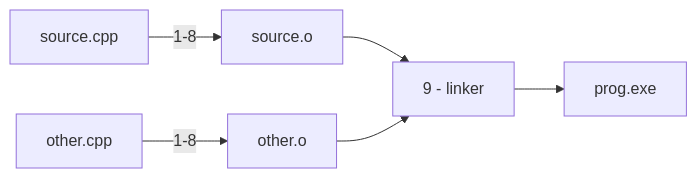
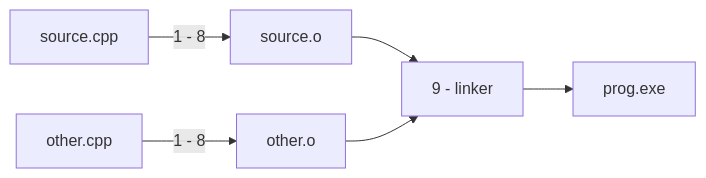
One commit to ssk12o/cpp-site changed the third of 6 diagrams in content/wyk/w1/index.pl.md. Above: the diagram before and after it, drawn with Mermaid. The commit also changed other lines of this file, not shown here.

````diff
--- a/content/wyk/w1/index.pl.md
+++ b/content/wyk/w1/index.pl.md
@@ -292,8 +342,8 @@
 ```mermaid
 graph LR
-    source.cpp -->|1-8| source.o
-    other.cpp -->|1-8| other.o
+    source.cpp -->|1 - 8| source.o
+    other.cpp -->|1 - 8| other.o
     source.o --> linker[9 - linker]
     other.o --> linker
     linker --> prog.exe
 ```
````
